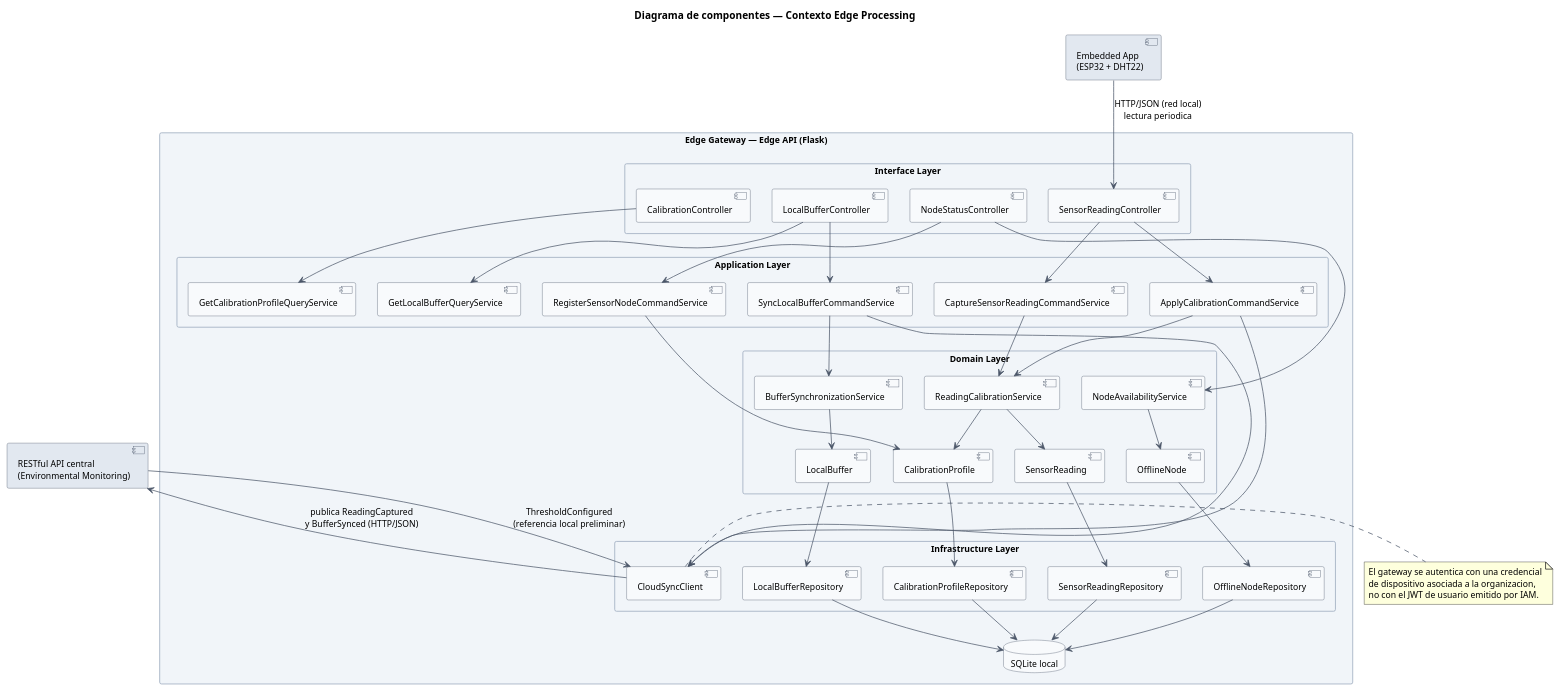
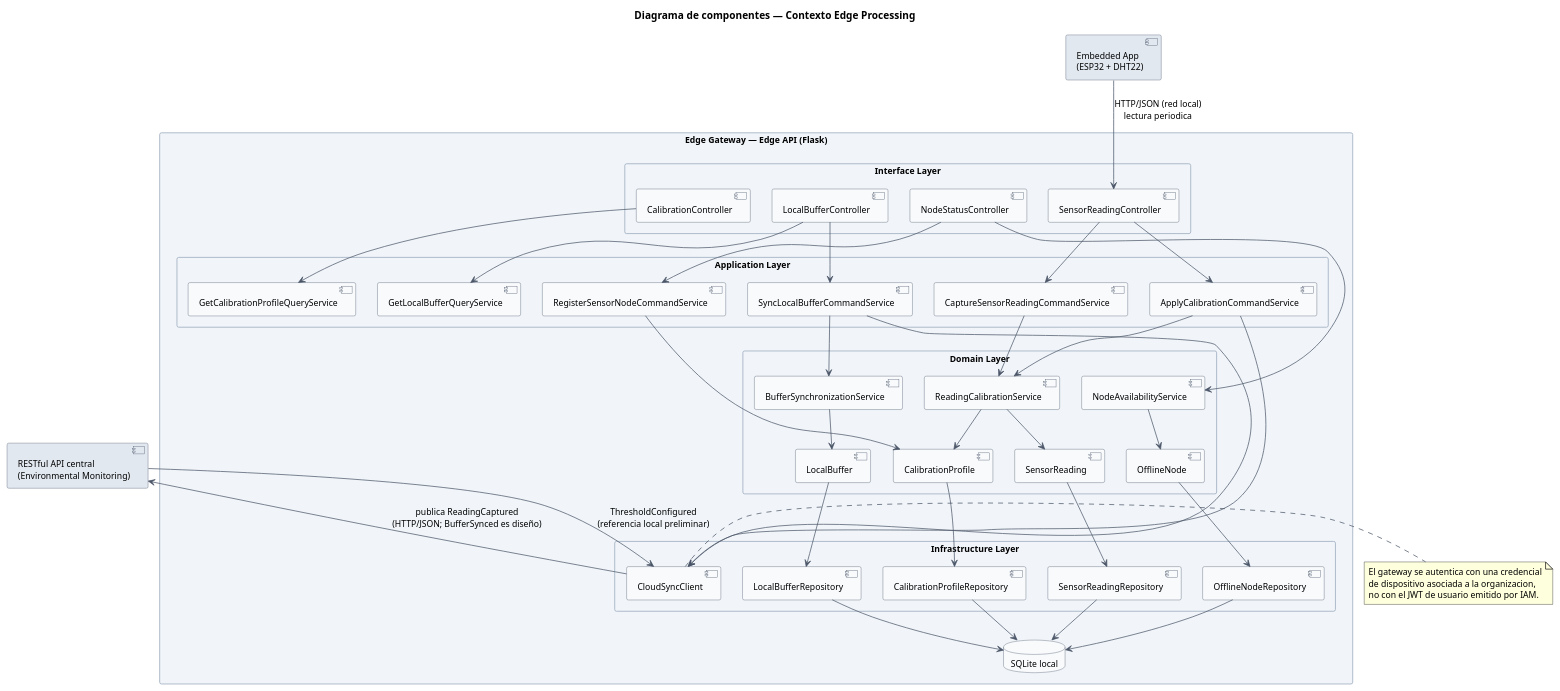
One commit to MachineGuard/MachineGuard-Documentation changed the diagram in assets/diagrams/chapter-4/edge-processing/component-diagram-edge-processing.puml. Above: the diagram before and after it, drawn with PlantUML. The commit also changed 2 other files, not shown here.

Commit message:
docs(chapter4): mark deferred and planned items in diagram sources

```diff
--- a/assets/diagrams/chapter-4/edge-processing/component-diagram-edge-processing.puml
+++ b/assets/diagrams/chapter-4/edge-processing/component-diagram-edge-processing.puml
@@ -1,101 +1,101 @@
 @startuml
 title Diagrama de componentes — Contexto Edge Processing
 
 skinparam backgroundColor white
 skinparam shadowing false
 skinparam defaultFontName Arial
 skinparam defaultFontSize 12
 skinparam componentBorderColor #4A5568
 skinparam componentBackgroundColor #F8FAFC
 skinparam databaseBorderColor #4A5568
 skinparam databaseBackgroundColor #F8FAFC
 skinparam ArrowColor #4A5568
 skinparam packageStyle rectangle
 skinparam packageBorderColor #94A3B8
 skinparam packageBackgroundColor #F1F5F9
 skinparam nodesep 30
 skinparam ranksep 45
 
 component "Embedded App\n(ESP32 + DHT22)" as ESP32 #E2E8F0
 component "RESTful API central\n(Environmental Monitoring)" as EM #E2E8F0
 
 package "Edge Gateway — Edge API (Flask)" as Gateway {
 
   package "Interface Layer" as Interface {
     component SensorReadingController as SRC
     component CalibrationController as CC
     component LocalBufferController as LBC
     component NodeStatusController as NSC
   }
 
   package "Application Layer" as Application {
     component CaptureSensorReadingCommandService as CSRCS
     component ApplyCalibrationCommandService as ACCS
     component SyncLocalBufferCommandService as SLBCS
     component RegisterSensorNodeCommandService as RSNCS
     component GetLocalBufferQueryService as GLBQS
     component GetCalibrationProfileQueryService as GCPQS
   }
 
   package "Domain Layer" as Domain {
     component ReadingCalibrationService as RCS
     component BufferSynchronizationService as BSS
     component NodeAvailabilityService as NAS
     component SensorReading as SR
     component CalibrationProfile as CP
     component LocalBuffer as LB
     component OfflineNode as ON
   }
 
   package "Infrastructure Layer" as Infrastructure {
     component SensorReadingRepository as SRR
     component CalibrationProfileRepository as CPR
     component LocalBufferRepository as LBR
     component OfflineNodeRepository as ONR
     component CloudSyncClient as CSC
   }
 
   database "SQLite local" as SQLite
 }
 
 ESP32 -down-> SRC : HTTP/JSON (red local)\nlectura periodica
 
 SRC -down-> CSRCS
 SRC -down-> ACCS
 CC -down-> GCPQS
 LBC -down-> SLBCS
 LBC -down-> GLBQS
 NSC -down-> RSNCS
 
 CSRCS -down-> RCS
 ACCS -down-> RCS
 SLBCS -down-> BSS
 RSNCS -down-> CP
 NSC -down-> NAS
 
 RCS -down-> SR
 RCS -down-> CP
 BSS -down-> LB
 NAS -down-> ON
 
 SR -down-> SRR
 CP -down-> CPR
 LB -down-> LBR
 ON -down-> ONR
 
 SRR -down-> SQLite
 CPR -down-> SQLite
 LBR -down-> SQLite
 ONR -down-> SQLite
 
 SLBCS -right-> CSC
 ACCS -right-> CSC
-CSC -up-> EM : publica ReadingCaptured\ny BufferSynced (HTTP/JSON)
+CSC -up-> EM : publica ReadingCaptured\n(HTTP/JSON; BufferSynced es diseño)
 EM -down-> CSC : ThresholdConfigured\n(referencia local preliminar)
 
 note right of CSC
   El gateway se autentica con una credencial
   de dispositivo asociada a la organizacion,
   no con el JWT de usuario emitido por IAM.
 end note
 @enduml
```
